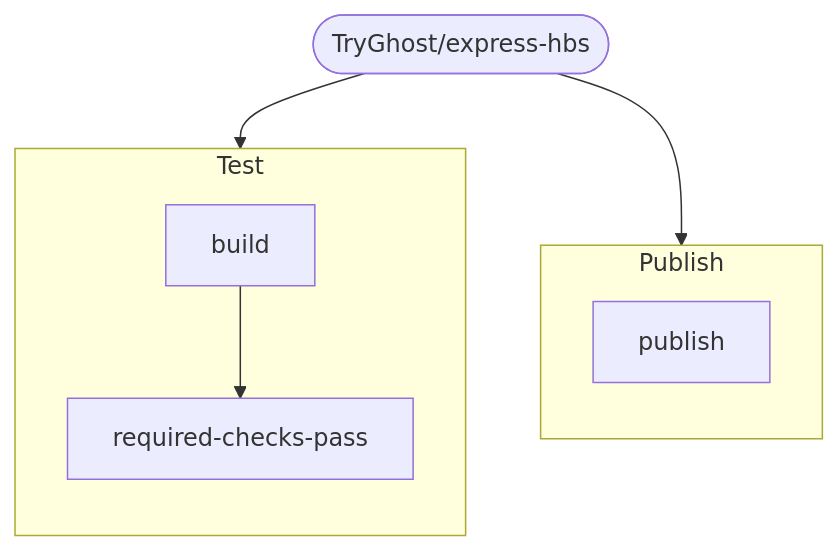
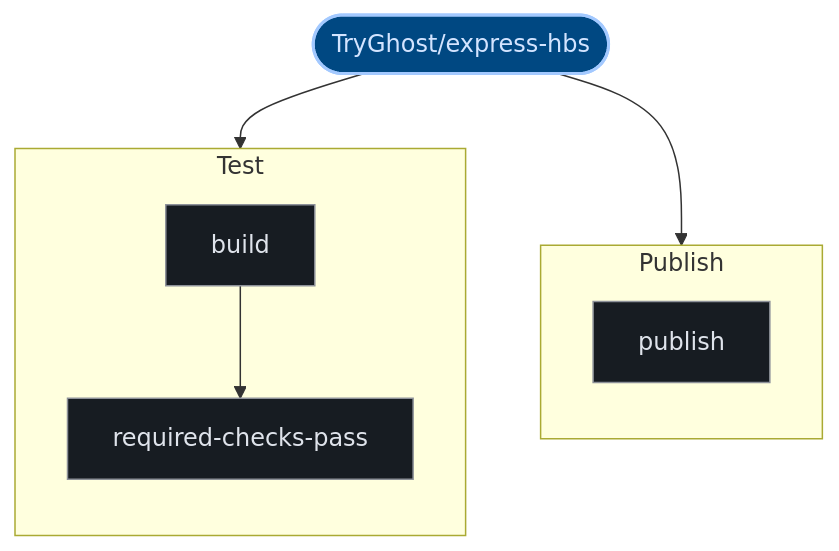
The second of 2 diagrams in exports/latest/reports/TryGhost-express-hbs-report.md (kumarshaz/atruss-code-atlas), drawn with Mermaid before and after one commit. The commit also changed other lines of this file and 331 other files, not shown here.

Commit message:
docs,ui,fix: update SDLC docs, reorder CI/CD DAG first, stylize Mermaid, and fix Arc42 pipeline topology

````diff
--- a/exports/latest/reports/TryGhost-express-hbs-report.md
+++ b/exports/latest/reports/TryGhost-express-hbs-report.md
@@ -162,16 +169,23 @@
 ```mermaid
 graph TD;
-  pipeline_root(["TryGhost/express-hbs"])
+  classDef atlasRoot fill:#004882,stroke:#a3c9ff,stroke-width:2px,color:#d3e4ff
+  classDef atlasCategory fill:#212428,stroke:#E87A48,stroke-width:1.5px,color:#dfe3eb
+  classDef atlasWorkflow fill:#1b2026,stroke:#a3c9ff,stroke-width:1.5px,color:#dfe3eb
+  classDef atlasJob fill:#171c22,stroke:#8d9199,stroke-width:1px,color:#dfe3eb
+  classDef atlasTarget fill:#005227,stroke:#8bd99b,stroke-width:1.5px,color:#a7f6b6
+  classDef atlasAlert fill:#93000a,stroke:#ffb4ab,stroke-width:1.5px,color:#ffdad6
+  classDef atlasMore fill:#252a31,stroke:#8d9199,stroke-dasharray:4 4,color:#c3c6cf
+  pipeline_root(["TryGhost/express-hbs"]):::atlasRoot
   subgraph Publish_0["Publish"]
     direction TB
-    0_publish["publish"]
+    0_publish["publish"]:::atlasJob
   end
   pipeline_root --> 0_publish
   subgraph Test_1["Test"]
     direction TB
-    1_build["build"]
-    1_required_checks_pass["required-checks-pass"]
+    1_build["build"]:::atlasJob
+    1_required_checks_pass["required-checks-pass"]:::atlasJob
     1_build --> 1_required_checks_pass
   end
   pipeline_root --> 1_build
 ```
````
